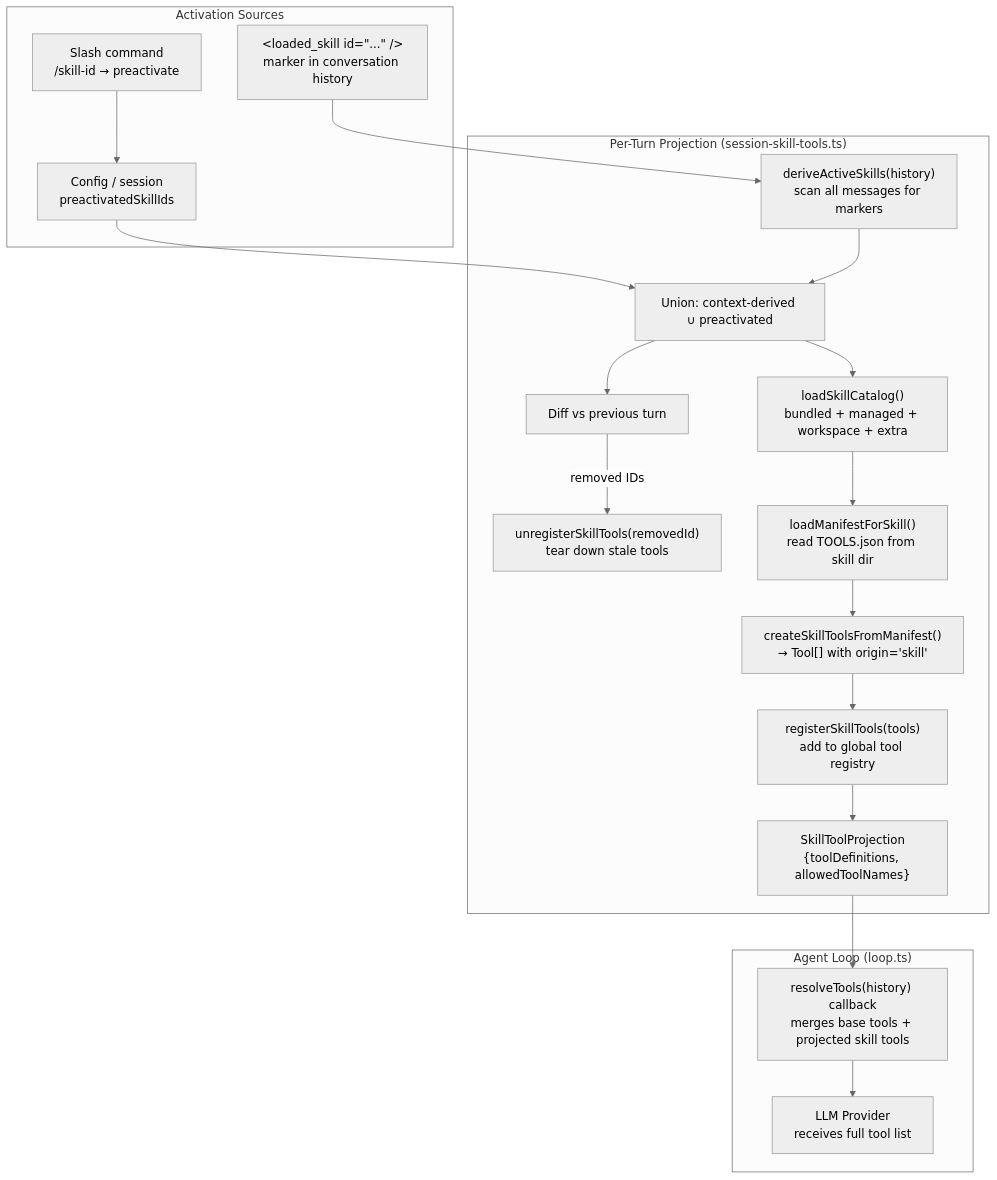
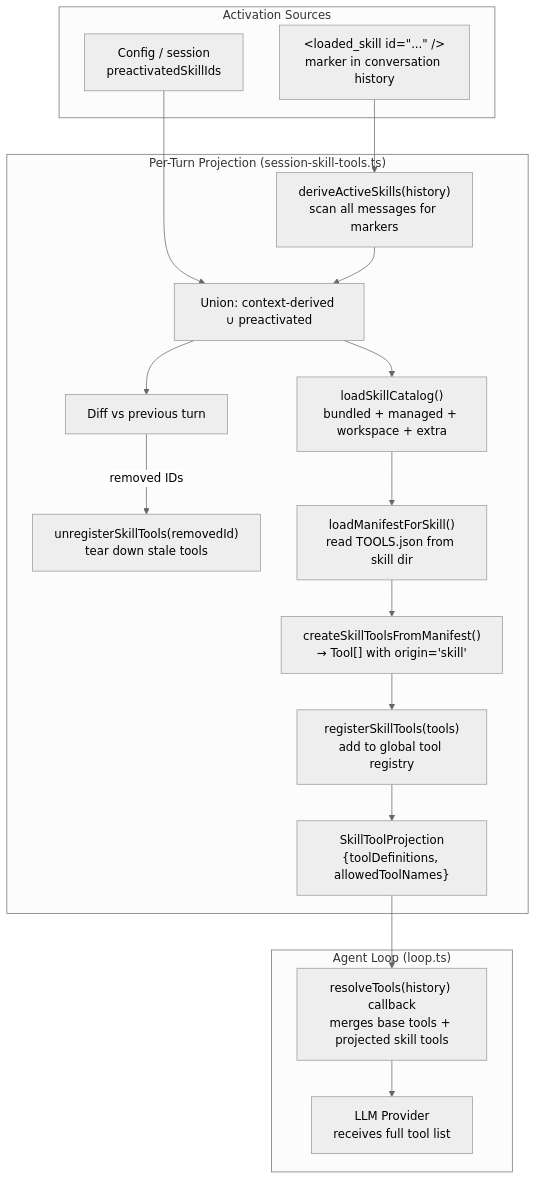
The tenth of 17 diagrams in assistant/ARCHITECTURE.md (vellum-ai/vellum-assistant), drawn with Mermaid (neutral theme) before and after one commit. The commit also changed other lines of this file and 3 other files, not shown here.

Commit message:
docs: remove stale slash command references from comments and diagrams

````diff
--- a/assistant/ARCHITECTURE.md
+++ b/assistant/ARCHITECTURE.md
@@ -1192,39 +1192,37 @@
 ```mermaid
 graph TB
     subgraph "Activation Sources"
-        SLASH["Slash command<br/>/skill-id → preactivate"]
         MARKER["&lt;loaded_skill id=&quot;...&quot; /&gt;<br/>marker in conversation history"]
         CONFIG["Config / session<br/>preactivatedSkillIds"]
     end
 
     subgraph "Per-Turn Projection (session-skill-tools.ts)"
         DERIVE["deriveActiveSkills(history)<br/>scan all messages for markers"]
         UNION["Union: context-derived ∪ preactivated"]
         DIFF["Diff vs previous turn"]
         UNREGISTER["unregisterSkillTools(removedId)<br/>tear down stale tools"]
         CATALOG["loadSkillCatalog()<br/>bundled + managed + workspace + extra"]
         LOAD_MANIFEST["loadManifestForSkill()<br/>read TOOLS.json from skill dir"]
         FACTORY["createSkillToolsFromManifest()<br/>→ Tool[] with origin='skill'"]
         REGISTER["registerSkillTools(tools)<br/>add to global tool registry"]
         PROJECTION["SkillToolProjection<br/>{toolDefinitions, allowedToolNames}"]
     end
 
     subgraph "Agent Loop (loop.ts)"
         RESOLVE["resolveTools(history) callback<br/>merges base tools + projected skill tools"]
         PROVIDER["LLM Provider<br/>receives full tool list"]
     end
 
-    SLASH --> CONFIG
     MARKER --> DERIVE
     CONFIG --> UNION
     DERIVE --> UNION
     UNION --> DIFF
     DIFF -->|"removed IDs"| UNREGISTER
     UNION --> CATALOG
     CATALOG --> LOAD_MANIFEST
     LOAD_MANIFEST --> FACTORY
     FACTORY --> REGISTER
     REGISTER --> PROJECTION
     PROJECTION --> RESOLVE
     RESOLVE --> PROVIDER
 ```
````
